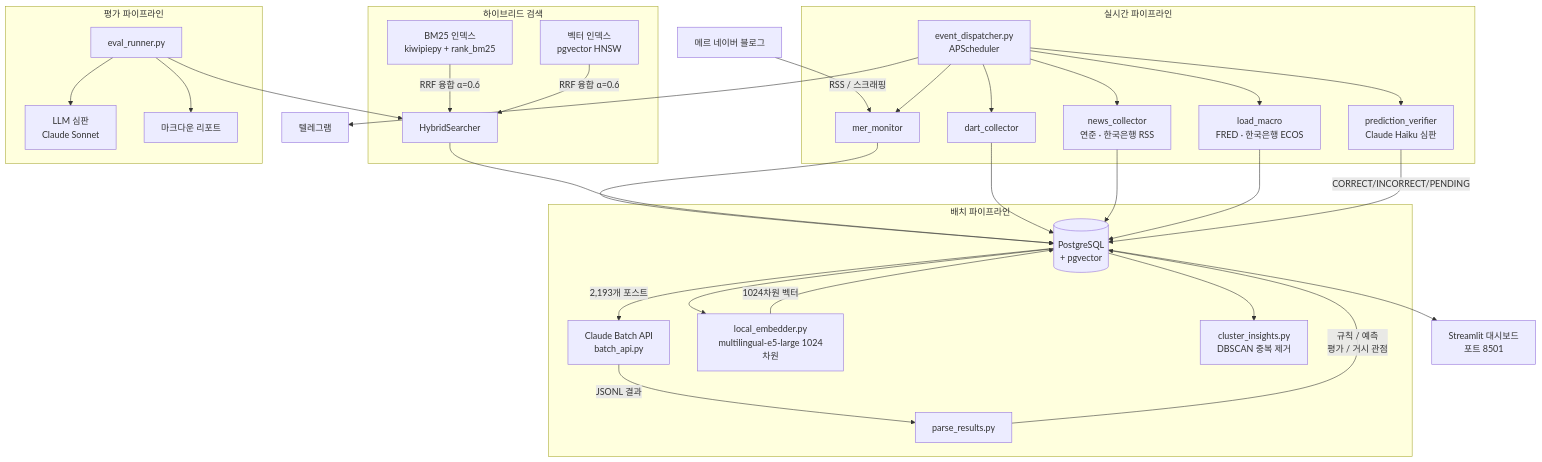
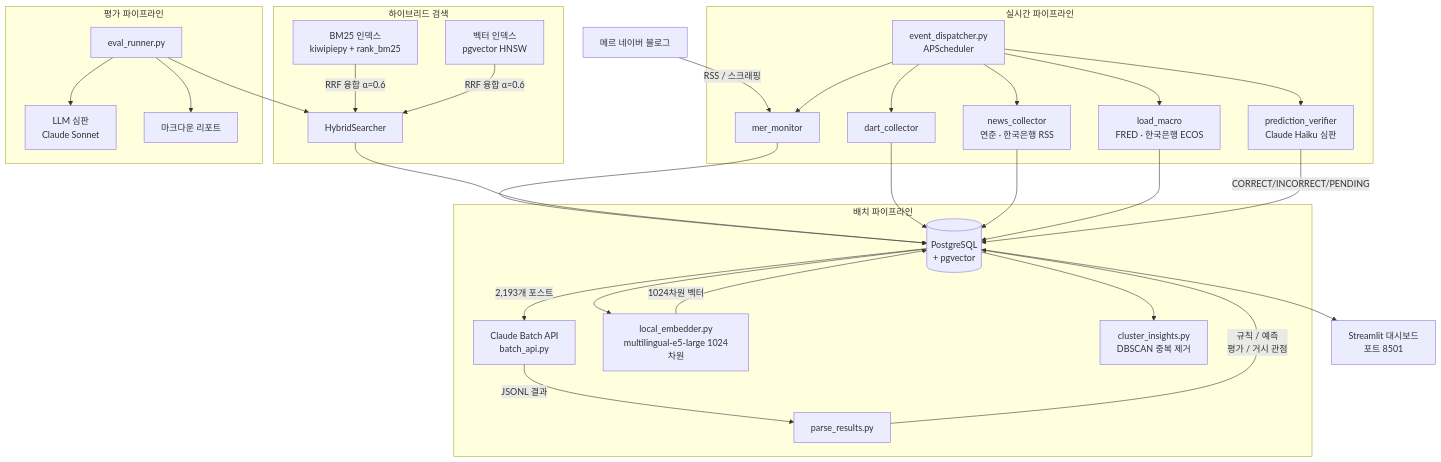
The diagram in README_KR.md (11e3/mer-insight-pipeline), drawn with Mermaid before and after one commit. The commit also changed other lines of this file and 10 other files, not shown here.

````diff
--- a/README_KR.md
+++ b/README_KR.md
@@ -16,42 +16,41 @@
 ```mermaid
 flowchart TD
     A[메르 네이버 블로그] -->|RSS / 스크래핑| B[mer_monitor]
     B --> C[(PostgreSQL<br>+ pgvector)]
 
     subgraph 배치 파이프라인
         C -->|2,193개 포스트| D[Claude Batch API<br>batch_api.py]
         D -->|JSONL 결과| E[parse_results.py]
         E -->|규칙 / 예측<br>평가 / 거시 관점| C
         C --> F[local_embedder.py<br>multilingual-e5-large 1024차원]
         F -->|1024차원 벡터| C
         C --> G[cluster_insights.py<br>DBSCAN 중복 제거]
     end
 
     subgraph 하이브리드 검색
         HS1[BM25 인덱스<br>kiwipiepy + rank_bm25]
         HS2[벡터 인덱스<br>pgvector HNSW]
         HS1 & HS2 -->|RRF 융합 α=0.6| HS3[HybridSearcher]
     end
 
     HS3 --> C
 
     subgraph 실시간 파이프라인
         ED[event_dispatcher.py<br>APScheduler] --> B
         ED --> DC[dart_collector]
         ED --> NC[news_collector<br>연준 · 한국은행 RSS]
         ED --> LM[load_macro<br>FRED · 한국은행 ECOS]
         ED --> PV[prediction_verifier<br>Claude Haiku 심판]
         DC & NC & LM --> C
         PV -->|CORRECT/INCORRECT/PENDING| C
     end
 
-    ED --> TG[텔레그램]
 
     subgraph 평가 파이프라인
         EV[eval_runner.py] --> HS3
         EV --> LJ[LLM 심판<br>Claude Sonnet]
         EV --> RPT[마크다운 리포트]
     end
 
     C --> Q[Streamlit 대시보드<br>포트 8501]
 ```
````
